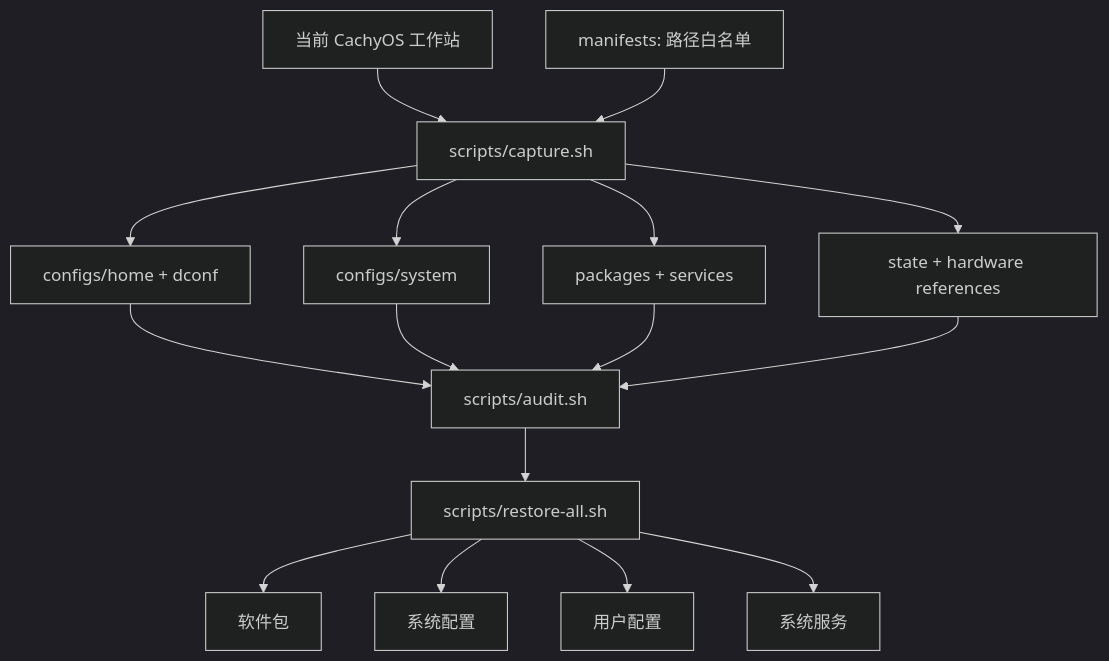
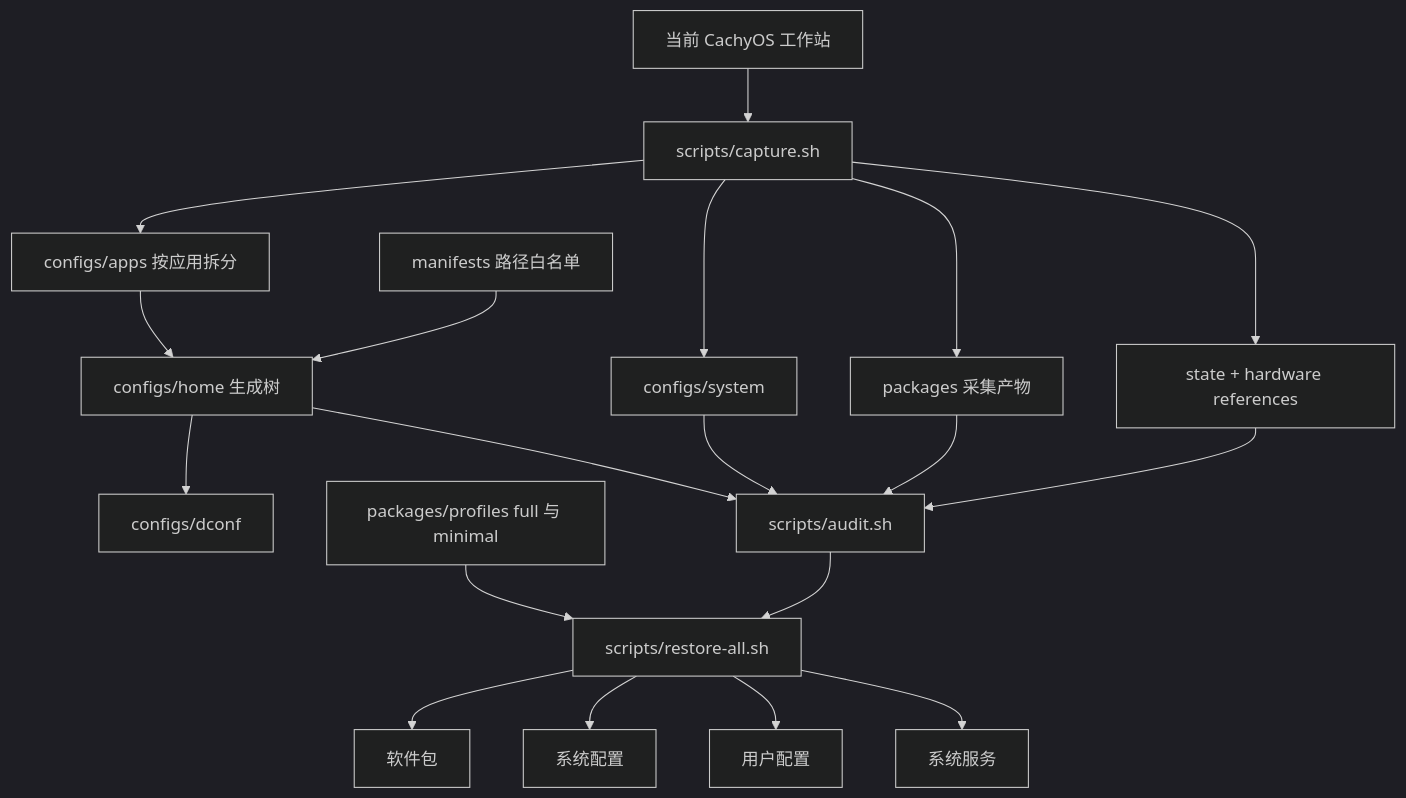
One commit to Eurekaimer/cachyos-config changed the diagram in README.zh-CN.md. Above: the diagram before and after it, drawn with Mermaid (dark theme). The commit also changed 464 other files, not shown here.

````diff
--- a/README.zh-CN.md
+++ b/README.zh-CN.md
@@ -23,18 +23,21 @@
 ```mermaid
 flowchart TD
     H[当前 CachyOS 工作站] --> C[scripts/capture.sh]
-    C --> U[configs/home + dconf]
+    C --> AP[configs/apps 按应用拆分]
+    AP --> G[configs/home 生成树]
+    G --> DC[configs/dconf]
     C --> S[configs/system]
-    C --> P[packages + services]
+    C --> P[packages 采集产物]
     C --> R[state + hardware references]
-    M[manifests: 路径白名单] --> C
-    U --> A[scripts/audit.sh]
+    PR[packages/profiles full 与 minimal] --> X
+    M[manifests 路径白名单] --> G
+    G --> A[scripts/audit.sh]
     S --> A
     P --> A
     R --> A
     A --> X[scripts/restore-all.sh]
     X --> I[软件包]
     X --> Y[系统配置]
     X --> Z[用户配置]
     X --> V[系统服务]
 ```
````
